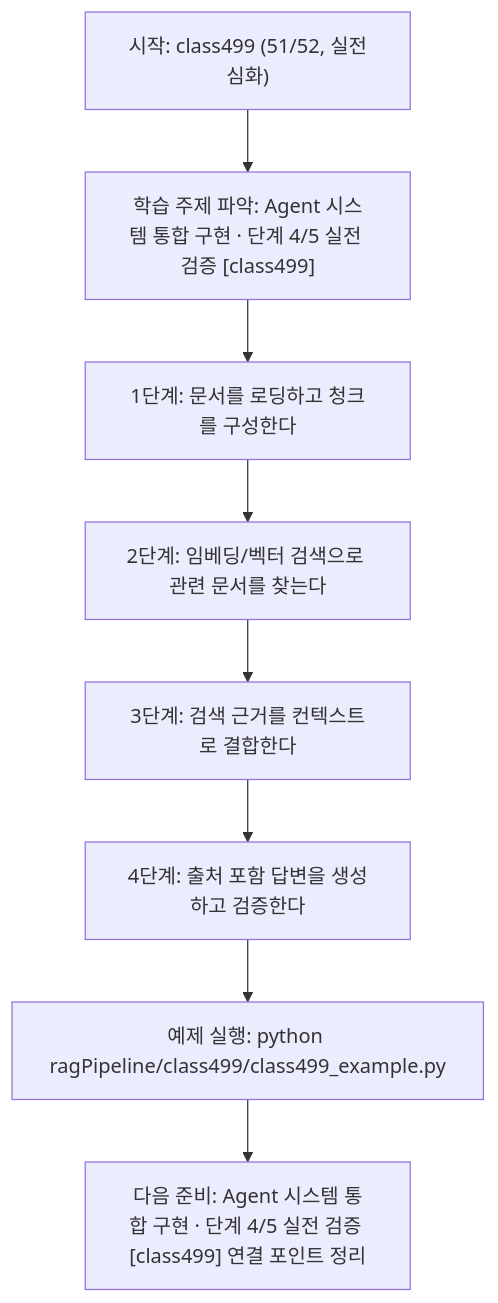
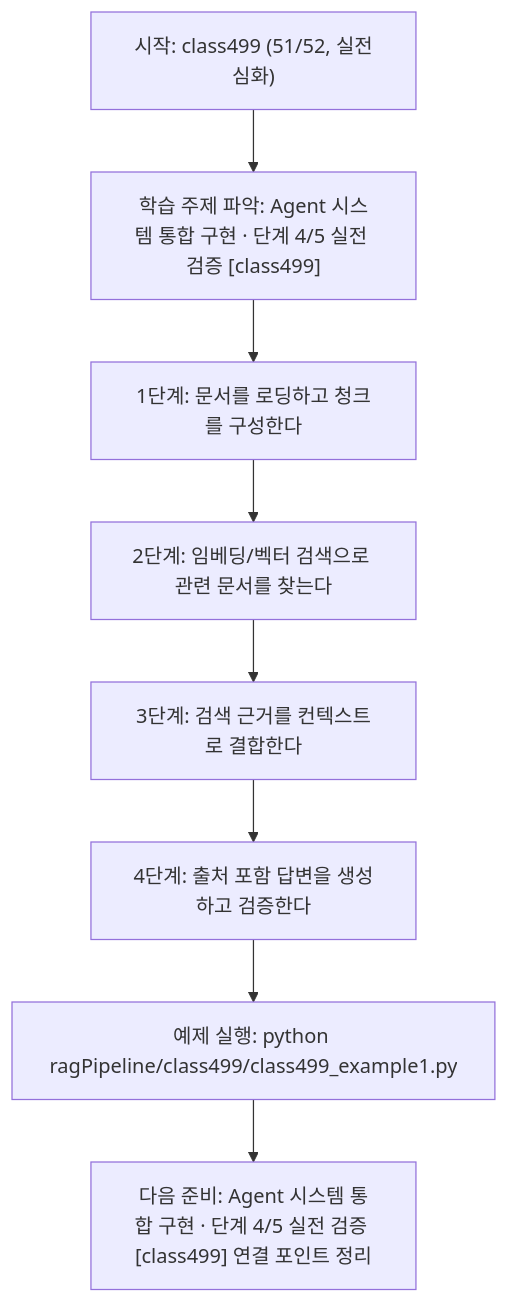
Before and after one commit to edumgt/Python-AI_Agent-Class: the diagram in ragPipeline/class499/class499.md, drawn with Mermaid. The commit also changed other lines of this file and 2959 other files, not shown here.

````diff
--- a/ragPipeline/class499/class499.md
+++ b/ragPipeline/class499/class499.md
@@ -112,18 +112,18 @@
 ```mermaid
 flowchart TD
 N1["시작: class499 (51/52, 실전심화)"]
 N2["학습 주제 파악: Agent 시스템 통합 구현 · 단계 4/5 실전 검증 [class499]"]
 N3["1단계: 문서를 로딩하고 청크를 구성한다"]
 N4["2단계: 임베딩/벡터 검색으로 관련 문서를 찾는다"]
 N5["3단계: 검색 근거를 컨텍스트로 결합한다"]
 N6["4단계: 출처 포함 답변을 생성하고 검증한다"]
-N7["예제 실행: python ragPipeline/class499/class499_example.py"]
+N7["예제 실행: python ragPipeline/class499/class499_example1.py"]
 N8["다음 준비: Agent 시스템 통합 구현 · 단계 4/5 실전 검증 [class499] 연결 포인트 정리"]
 N1 --> N2
 N2 --> N3
 N3 --> N4
 N4 --> N5
 N5 --> N6
 N6 --> N7
 N7 --> N8
 ```
````
